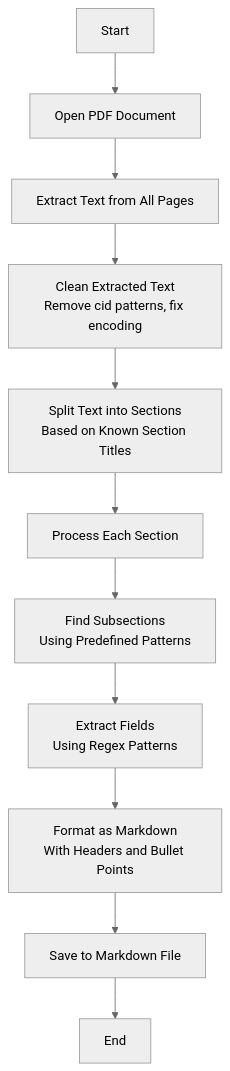
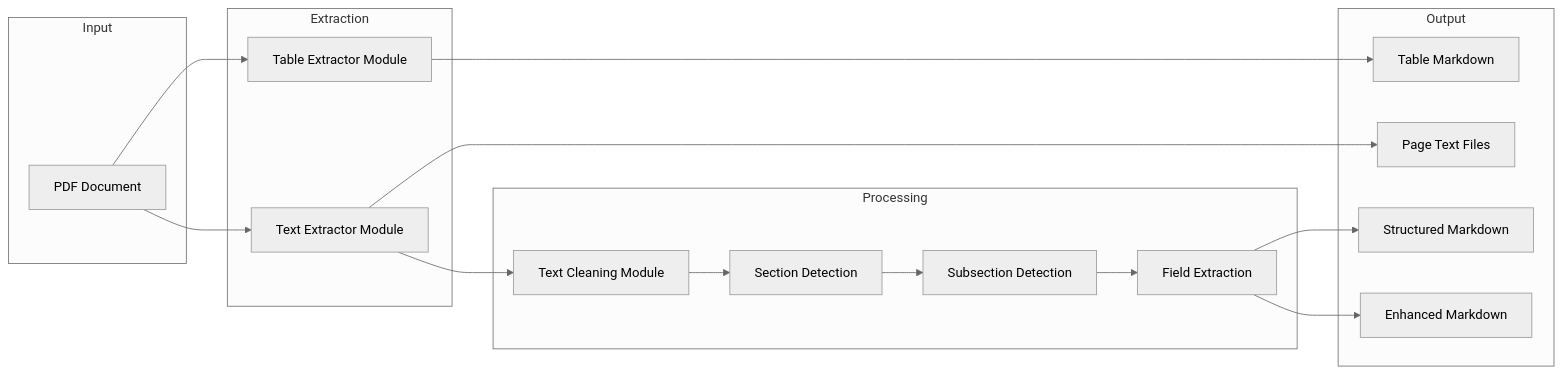
One commit to SoundMindsAI/pdf-handling changed the second of 3 diagrams in README.md. Above: the diagram before and after it, drawn with Mermaid (neutral theme). The commit also changed other lines of this file and 1 other file, not shown here.

Commit message:
Update Mermaid diagrams to reflect current architecture
- Updated diagrams in README.md to show the current package structure
- Replaced references to individual Python scripts with module paths
- Enhanced the pipeline flow diagram to show the modular approach
- Updated the component relationships to match the actual code organization
- Added clear visualization of the cleaning process stages

````diff
--- a/README.md
+++ b/README.md
@@ -63,13 +64,36 @@
 ```mermaid
-flowchart TD
-    Start[Start] --> OpenPDF[Open PDF Document]
-    OpenPDF --> ExtractText[Extract Text from All Pages]
-    ExtractText --> CleanText[Clean Extracted Text\nRemove cid patterns, fix encoding]
-    CleanText --> SplitSections[Split Text into Sections\nBased on Known Section Titles]
-    SplitSections --> ProcessSections[Process Each Section]
-    ProcessSections --> FindSubsections[Find Subsections\nUsing Predefined Patterns]
-    FindSubsections --> ExtractFields[Extract Fields\nUsing Regex Patterns]
-    ExtractFields --> FormatMarkdown[Format as Markdown\nWith Headers and Bullet Points]
-    FormatMarkdown --> SaveOutput[Save to Markdown File]
-    SaveOutput --> End[End]
+flowchart LR
+    subgraph Input
+        PDF[PDF Document]
+    end
+    
+    subgraph Extraction
+        TextExtractor[Text Extractor Module]
+        TableExtractor[Table Extractor Module]
+    end
+    
+    subgraph Processing
+        Cleaning[Text Cleaning Module]
+        SectionDetection[Section Detection]
+        SubsectionDetection[Subsection Detection]
+        FieldExtraction[Field Extraction]
+    end
+    
+    subgraph Output
+        TablesMD[Table Markdown]
+        PageText[Page Text Files]
+        StructuredMD[Structured Markdown]
+        EnhancedMD[Enhanced Markdown]
+    end
+    
+    PDF --> TextExtractor
+    PDF --> TableExtractor
+    TableExtractor --> TablesMD
+    TextExtractor --> PageText
+    TextExtractor --> Cleaning
+    Cleaning --> SectionDetection
+    SectionDetection --> SubsectionDetection
+    SubsectionDetection --> FieldExtraction
+    FieldExtraction --> StructuredMD
+    FieldExtraction --> EnhancedMD
 ```
````
